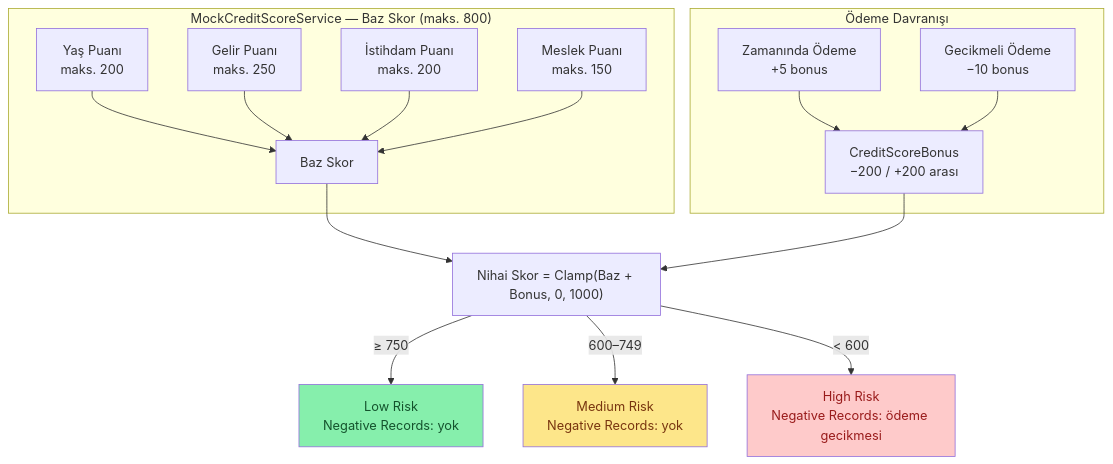
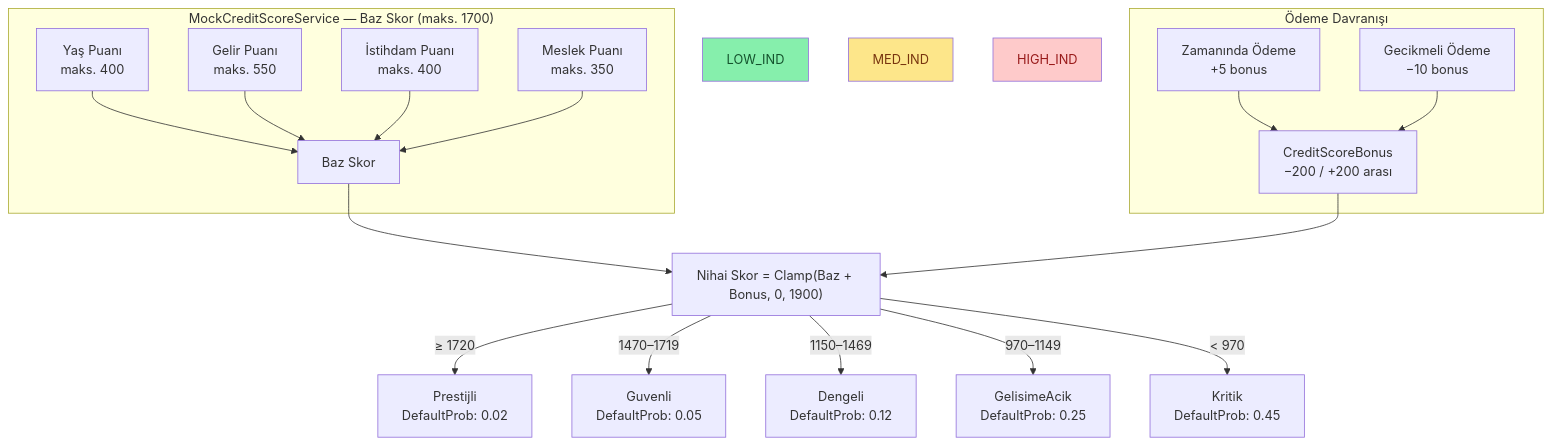
Before and after one commit to js-lover/credit-case: the sixth of 8 diagrams in README.md, drawn with Mermaid. The commit also changed other lines of this file and 3 other files, not shown here.

````diff
--- a/README.md
+++ b/README.md
@@ -693,35 +689,37 @@
 ```mermaid
 flowchart TD
-    subgraph "MockCreditScoreService — Baz Skor (maks. 800)"
-        AG["Yaş Puanı\nmaks. 200"]
-        INC["Gelir Puanı\nmaks. 250"]
-        EMP["İstihdam Puanı\nmaks. 200"]
-        PROF["Meslek Puanı\nmaks. 150"]
+    subgraph "MockCreditScoreService — Baz Skor (maks. 1700)"
+        AG["Yaş Puanı\nmaks. 400"]
+        INC["Gelir Puanı\nmaks. 550"]
+        EMP["İstihdam Puanı\nmaks. 400"]
+        PROF["Meslek Puanı\nmaks. 350"]
         BASE_SUM["Baz Skor"]
     end
 
     subgraph "Ödeme Davranışı"
         PAY_ON["Zamanında Ödeme\n+5 bonus"]
         PAY_LATE["Gecikmeli Ödeme\n−10 bonus"]
         BONUS["CreditScoreBonus\n−200 / +200 arası"]
     end
 
     AG --> BASE_SUM
     INC --> BASE_SUM
     EMP --> BASE_SUM
     PROF --> BASE_SUM
 
     PAY_ON --> BONUS
     PAY_LATE --> BONUS
 
-    BASE_SUM --> CLAMP["Nihai Skor = Clamp(Baz + Bonus, 0, 1000)"]
+    BASE_SUM --> CLAMP["Nihai Skor = Clamp(Baz + Bonus, 0, 1900)"]
     BONUS --> CLAMP
 
-    CLAMP -->|"≥ 750"| LOW_IND["Low Risk\nNegative Records: yok"]
-    CLAMP -->|"600–749"| MED_IND["Medium Risk\nNegative Records: yok"]
-    CLAMP -->|"< 600"| HIGH_IND["High Risk\nNegative Records: ödeme gecikmesi"]
+    CLAMP -->|"≥ 1720"| CAT1["Prestijli\nDefaultProb: 0.02"]
+    CLAMP -->|"1470–1719"| CAT2["Guvenli\nDefaultProb: 0.05"]
+    CLAMP -->|"1150–1469"| CAT3["Dengeli\nDefaultProb: 0.12"]
+    CLAMP -->|"970–1149"| CAT4["GelisimeAcik\nDefaultProb: 0.25"]
+    CLAMP -->|"< 970"| CAT5["Kritik\nDefaultProb: 0.45"]
 
     style LOW_IND fill:#86efac,color:#14532d
     style MED_IND fill:#fde68a,color:#78350f
     style HIGH_IND fill:#fecaca,color:#991b1b
 ```
````
